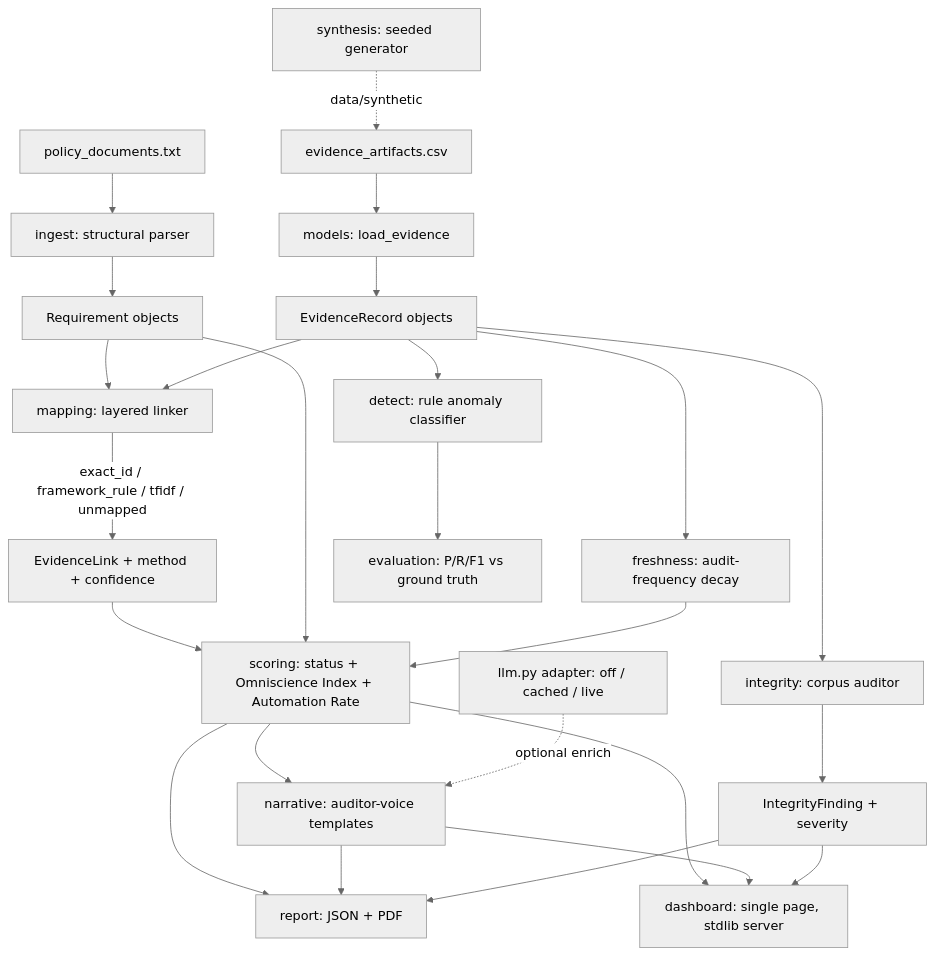
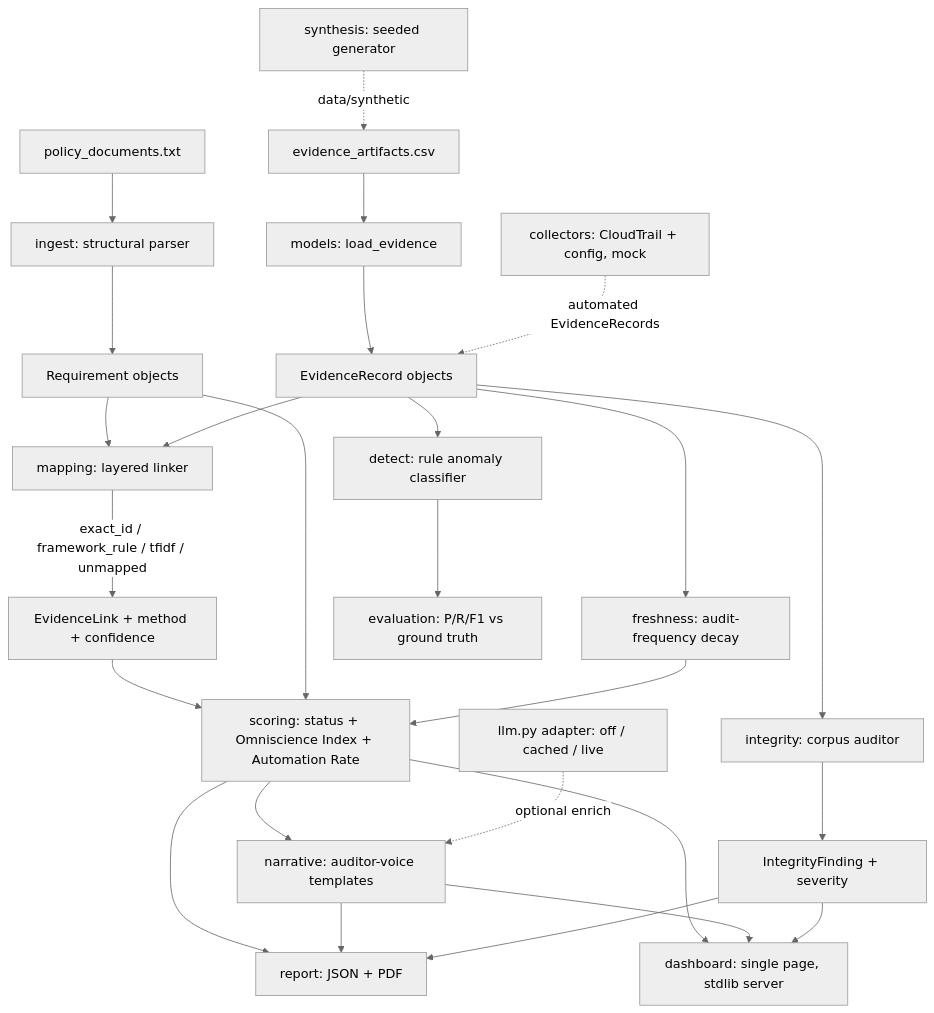
One commit to ataylus/OMNIS changed the diagram in README.md. Above: the diagram before and after it, drawn with Mermaid (neutral theme). The commit also changed other lines of this file and 20 other files, not shown here.

````diff
--- a/README.md
+++ b/README.md
@@ -132,33 +134,34 @@
 ```mermaid
 flowchart TD
     P[policy_documents.txt] --> ING[ingest: structural parser]
     ING --> REQ[Requirement objects]
     EV[evidence_artifacts.csv] --> MOD[models: load_evidence]
     MOD --> REC[EvidenceRecord objects]
 
     REQ --> MAP[mapping: layered linker]
     REC --> MAP
     MAP -->|exact_id / framework_rule / tfidf / unmapped| LNK[EvidenceLink + method + confidence]
 
     REC --> FRESH[freshness: audit-frequency decay]
     LNK --> SCORE[scoring: status + Omniscience Index + Automation Rate]
     REQ --> SCORE
     FRESH --> SCORE
 
     REC --> INT[integrity: corpus auditor]
     INT --> FIND[IntegrityFinding + severity]
 
     REC --> DET[detect: rule anomaly classifier]
     DET --> EVAL[evaluation: P/R/F1 vs ground truth]
 
     SCORE --> NAR[narrative: auditor-voice templates]
     SCORE --> REP[report: JSON + PDF]
     NAR --> REP
     FIND --> REP
     SCORE --> DASH[dashboard: single page, stdlib server]
     NAR --> DASH
     FIND --> DASH
 
     SYN[synthesis: seeded generator] -.->|data/synthetic| EV
+    COL[collectors: CloudTrail + config, mock] -.->|automated EvidenceRecords| REC
     LLM[llm.py adapter: off / cached / live] -.->|optional enrich| NAR
 ```
````
